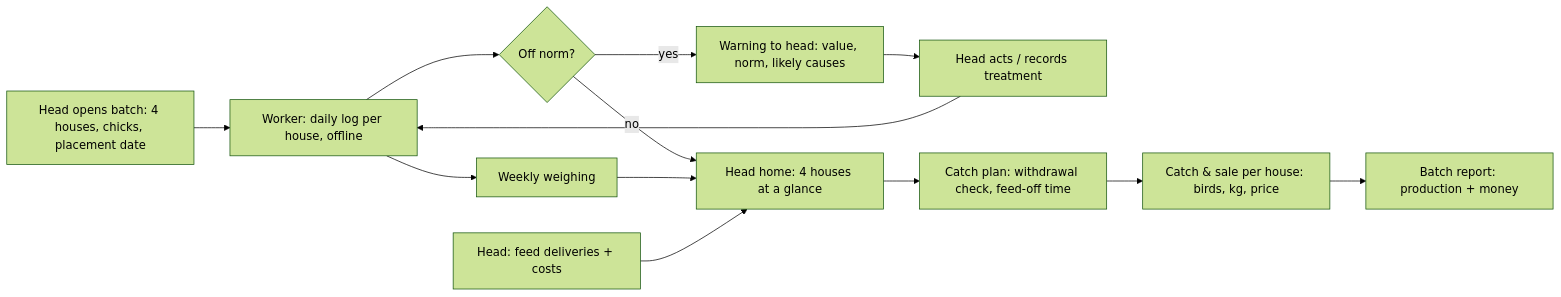
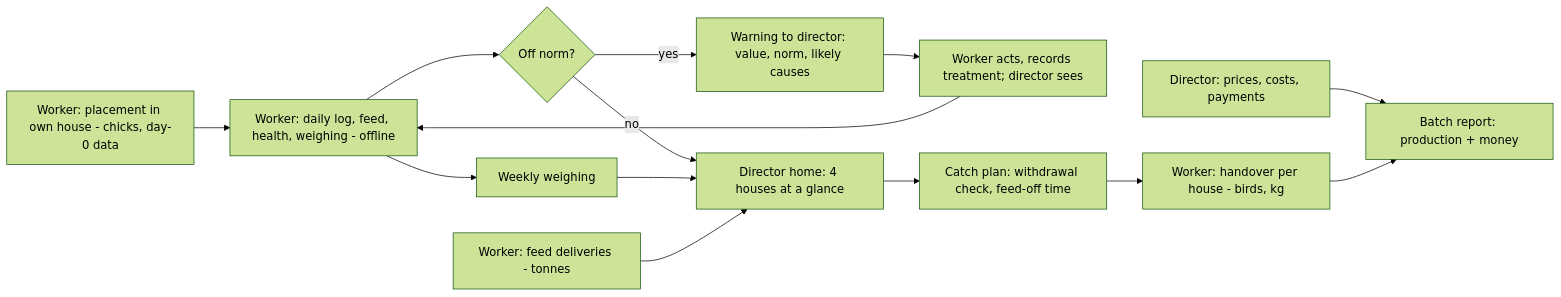
The second of 4 diagrams in docs/BLUEPRINT.md (Nursul7an/poultry-farm), drawn with Mermaid (forest theme) before and after one commit. The commit also changed other lines of this file and 10 other files, not shown here.

First line of the commit message:
Role model v2.1: workers run all operations, director sees everything

````diff
--- a/docs/BLUEPRINT.md
+++ b/docs/BLUEPRINT.md
@@ -147,14 +169,15 @@
 ```mermaid
 flowchart LR
-  A["Head opens batch: 4 houses, chicks, placement date"] --> B["Worker: daily log per house, offline"]
+  A["Worker: placement in own house - chicks, day-0 data"] --> B["Worker: daily log, feed, health, weighing - offline"]
   B --> C{"Off norm?"}
-  C -- yes --> D["Warning to head: value, norm, likely causes"]
-  D --> E["Head acts / records treatment"]
+  C -- yes --> D["Warning to director: value, norm, likely causes"]
+  D --> E["Worker acts, records treatment; director sees"]
   E --> B
-  C -- no --> F["Head home: 4 houses at a glance"]
+  C -- no --> F["Director home: 4 houses at a glance"]
   B --> G["Weekly weighing"] --> F
-  H["Head: feed deliveries + costs"] --> F
+  H["Worker: feed deliveries - tonnes"] --> F
+  M["Director: prices, costs, payments"] --> K
   F --> I["Catch plan: withdrawal check, feed-off time"]
-  I --> J["Catch & sale per house: birds, kg, price"]
+  I --> J["Worker: handover per house - birds, kg"]
   J --> K["Batch report: production + money"]
 ```
````
